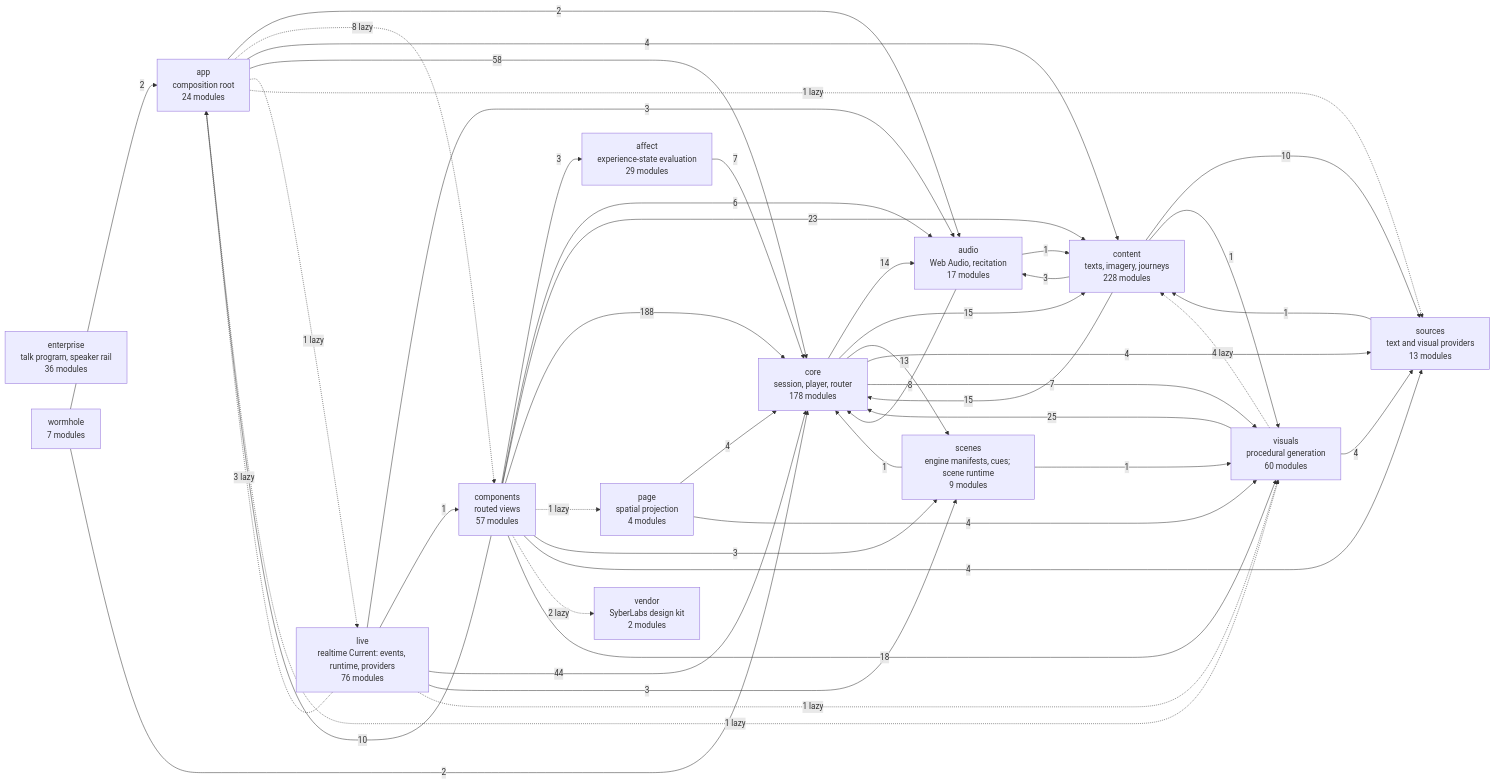
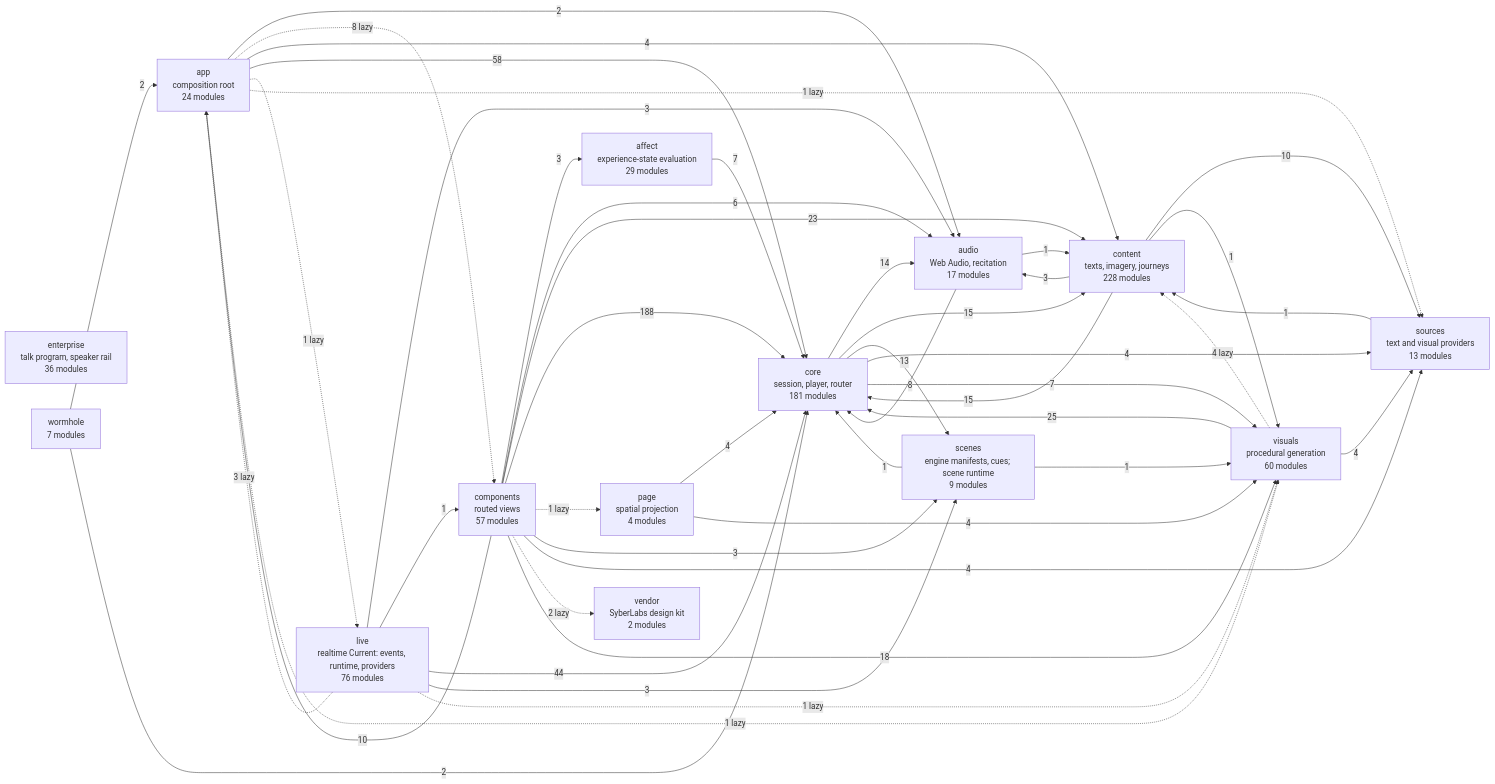
Before and after one commit to SyberLabs/RISE: the diagram in docs/specs/ARCHITECTURE.md, drawn with Mermaid. The commit also changed 28 other files, not shown here.

````diff
--- a/docs/specs/ARCHITECTURE.md
+++ b/docs/specs/ARCHITECTURE.md
@@ -161,63 +161,63 @@
 ```mermaid
 flowchart LR
     affect["affect<br/>experience-state evaluation<br/>29 modules"]
     app["app<br/>composition root<br/>24 modules"]
     audio["audio<br/>Web Audio, recitation<br/>17 modules"]
     components["components<br/>routed views<br/>57 modules"]
     content["content<br/>texts, imagery, journeys<br/>228 modules"]
-    core["core<br/>session, player, router<br/>178 modules"]
+    core["core<br/>session, player, router<br/>181 modules"]
     enterprise["enterprise<br/>talk program, speaker rail<br/>36 modules"]
     live["live<br/>realtime Current: events, runtime, providers<br/>76 modules"]
     page["page<br/>spatial projection<br/>4 modules"]
     scenes["scenes<br/>engine manifests, cues; scene runtime<br/>9 modules"]
     sources["sources<br/>text and visual providers<br/>13 modules"]
     vendor["vendor<br/>SyberLabs design kit<br/>2 modules"]
     visuals["visuals<br/>procedural generation<br/>60 modules"]
     wormhole["wormhole<br/>7 modules"]
 
     affect --> |7| core
     app --> |2| audio
     app -.-> |8 lazy| components
     app --> |4| content
     app --> |58| core
     app -.-> |1 lazy| live
     app -.-> |1 lazy| sources
     app -.-> |1 lazy| visuals
     audio --> |1| content
     audio --> |8| core
     components --> |3| affect
     components --> |10| app
     components --> |6| audio
     components --> |23| content
     components --> |188| core
     components -.-> |1 lazy| page
     components --> |3| scenes
     components --> |4| sources
     components -.-> |2 lazy| vendor
     components --> |18| visuals
     content --> |3| audio
     content --> |15| core
     content --> |10| sources
     content --> |1| visuals
     core --> |14| audio
     core --> |15| content
     core --> |13| scenes
     core --> |4| sources
     core --> |7| visuals
     live -.-> |3 lazy| app
     live --> |3| audio
     live --> |1| components
     live --> |44| core
     live --> |3| scenes
     live -.-> |1 lazy| visuals
     page --> |4| core
     page --> |4| visuals
     scenes --> |1| core
     scenes --> |1| visuals
     sources --> |1| content
     visuals -.-> |4 lazy| content
     visuals --> |25| core
     visuals --> |4| sources
     wormhole --> |2| app
     wormhole --> |2| core
 ```
````
